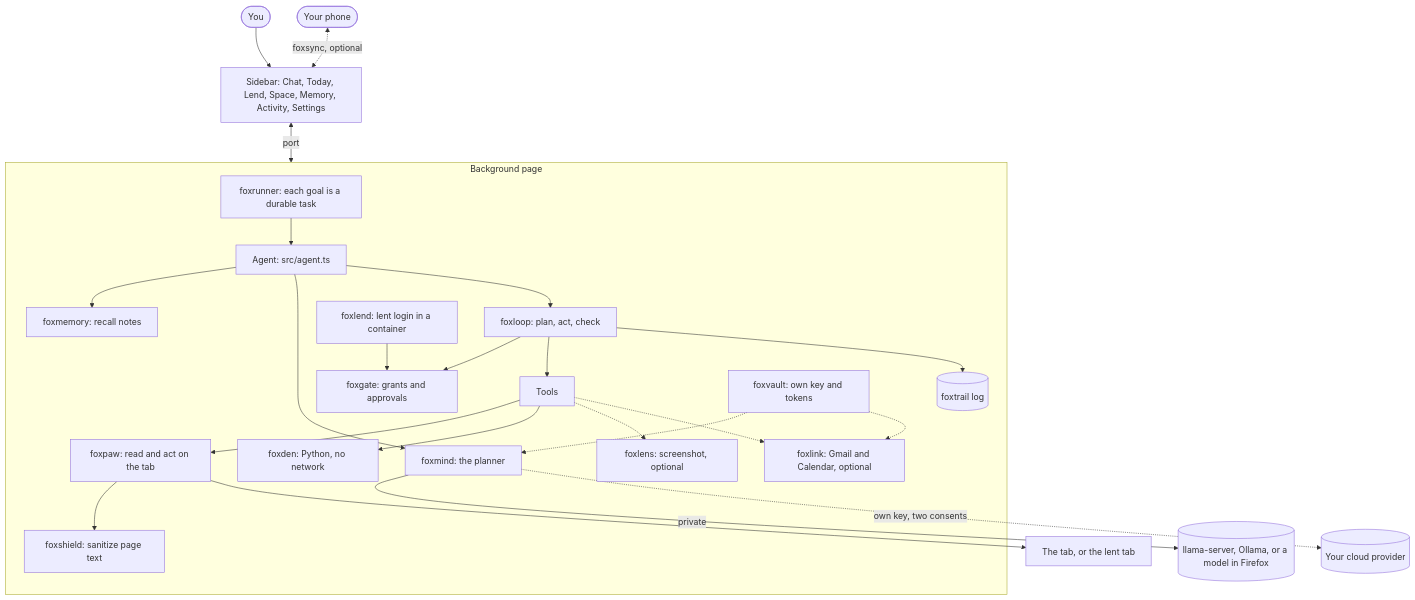
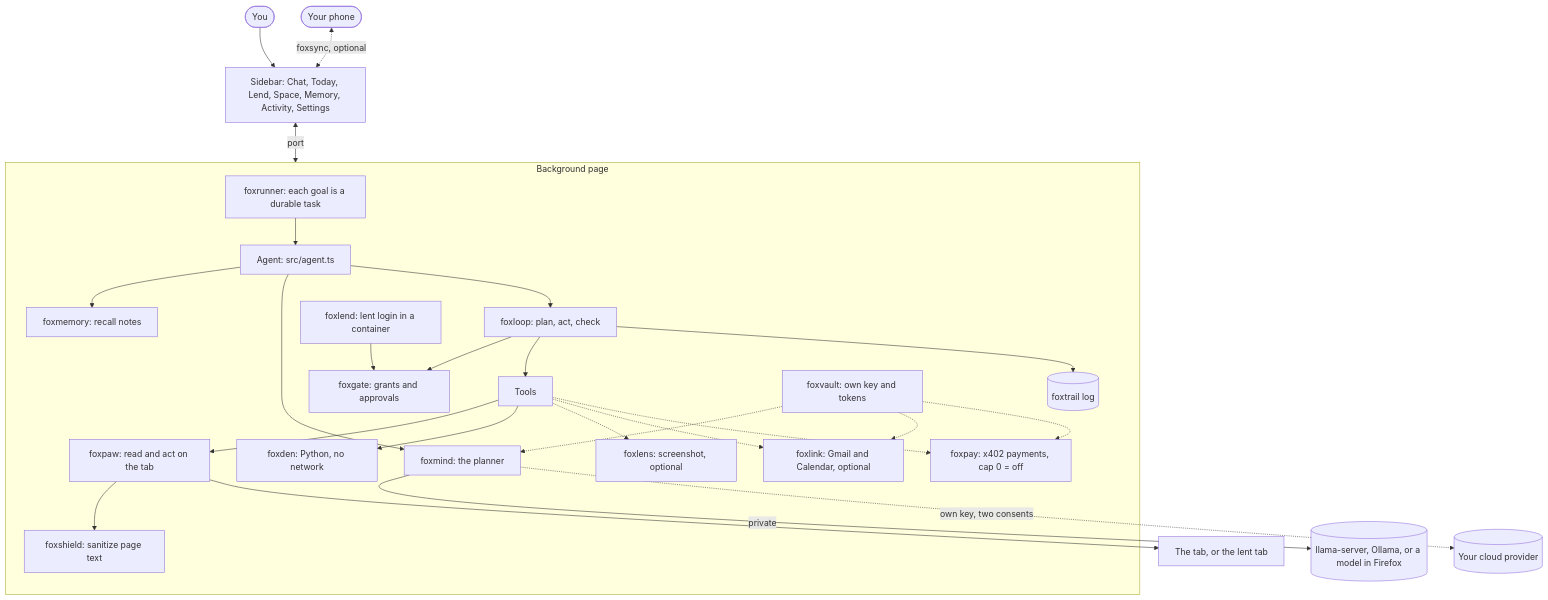
The first of 3 diagrams in README.md (pooriaarab/foxmate), drawn with Mermaid before and after one commit. The commit also changed other lines of this file and 15 other files, not shown here.

Commit message:
[FMT-70] Pay bills through foxpay with a cap (#71)

````diff
--- a/README.md
+++ b/README.md
@@ -79,26 +80,28 @@
 ```mermaid
 flowchart TB
   user([You]) --> sidebar[Sidebar: Chat, Today, Lend, Space, Memory, Activity, Settings]
   sidebar <-->|port| bg[Background page]
   phone([Your phone]) <-.->|foxsync, optional| sidebar
   subgraph bg[Background page]
     runner[foxrunner: each goal is a durable task] --> agent[Agent: src/agent.ts]
     agent --> recall[foxmemory: recall notes]
     agent --> brain[foxmind: the planner]
     agent --> loop[foxloop: plan, act, check]
     loop --> gate[foxgate: grants and approvals]
     loop --> tools[Tools]
     loop --> trail[(foxtrail log)]
     tools --> paw[foxpaw: read and act on the tab]
     paw --> shield[foxshield: sanitize page text]
     tools --> den[foxden: Python, no network]
     tools -.-> lens[foxlens: screenshot, optional]
     tools -.-> link[foxlink: Gmail and Calendar, optional]
+    tools -.-> pay[foxpay: x402 payments, cap 0 = off]
     lend[foxlend: lent login in a container] --> gate
     vault[foxvault: own key and tokens] -.-> brain
     vault -.-> link
+    vault -.-> pay
   end
   brain -->|private| local[(llama-server, Ollama, or a model in Firefox)]
   brain -.->|own key, two consents| cloud[(Your cloud provider)]
   paw --> tab[The tab, or the lent tab]
 ```
````
